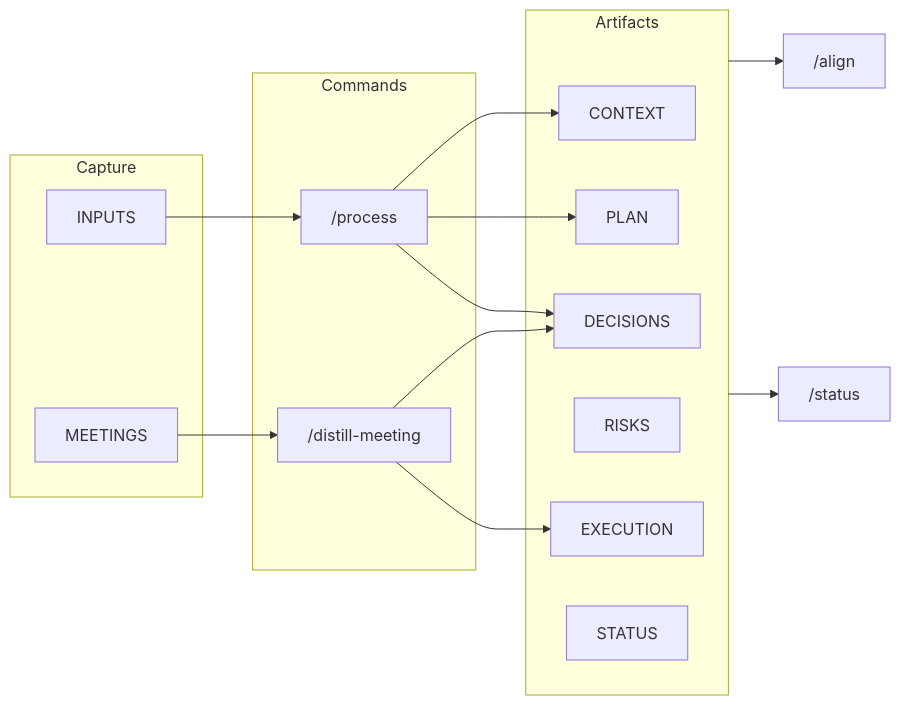
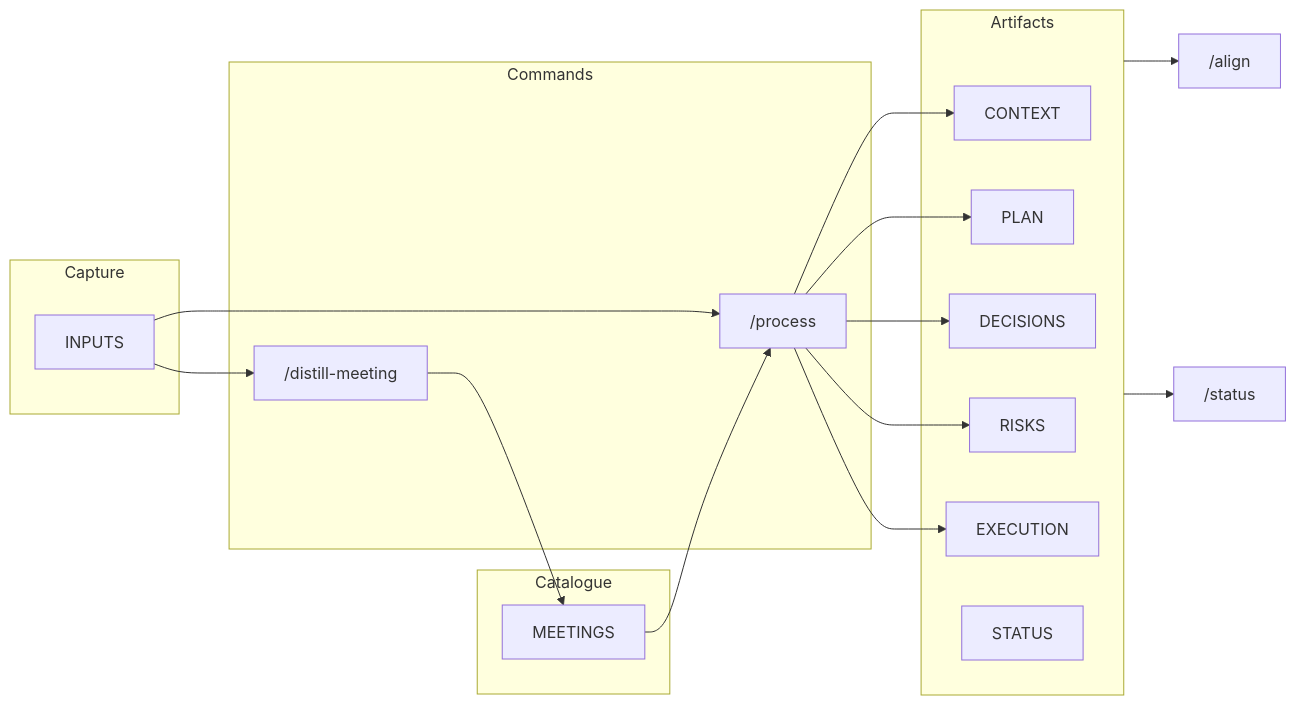
The diagram in GETTING_STARTED.md (mpheyman/poais-core), drawn with Mermaid before and after one commit. The commit also changed other lines of this file and 9 other files, not shown here.

````diff
--- a/GETTING_STARTED.md
+++ b/GETTING_STARTED.md
@@ -79,28 +80,32 @@
 ```mermaid
 flowchart LR
   subgraph capture [Capture]
     INPUTS[INPUTS]
-    MEETINGS[MEETINGS]
   end
   subgraph commands [Commands]
     process["/process"]
     distillMeeting["/distill-meeting"]
+  end
+  subgraph catalogue [Catalogue]
+    MEETINGS[MEETINGS]
   end
   subgraph artifacts [Artifacts]
     CONTEXT[CONTEXT]
     PLAN[PLAN]
     DECISIONS[DECISIONS]
     RISKS[RISKS]
     EXECUTION[EXECUTION]
     STATUS[STATUS]
   end
   INPUTS --> process
-  MEETINGS --> distillMeeting
+  INPUTS --> distillMeeting
+  distillMeeting --> MEETINGS
+  MEETINGS --> process
   process --> CONTEXT
   process --> PLAN
   process --> DECISIONS
-  distillMeeting --> DECISIONS
-  distillMeeting --> EXECUTION
+  process --> RISKS
+  process --> EXECUTION
   artifacts --> align["/align"]
   artifacts --> status["/status"]
 ```
````
